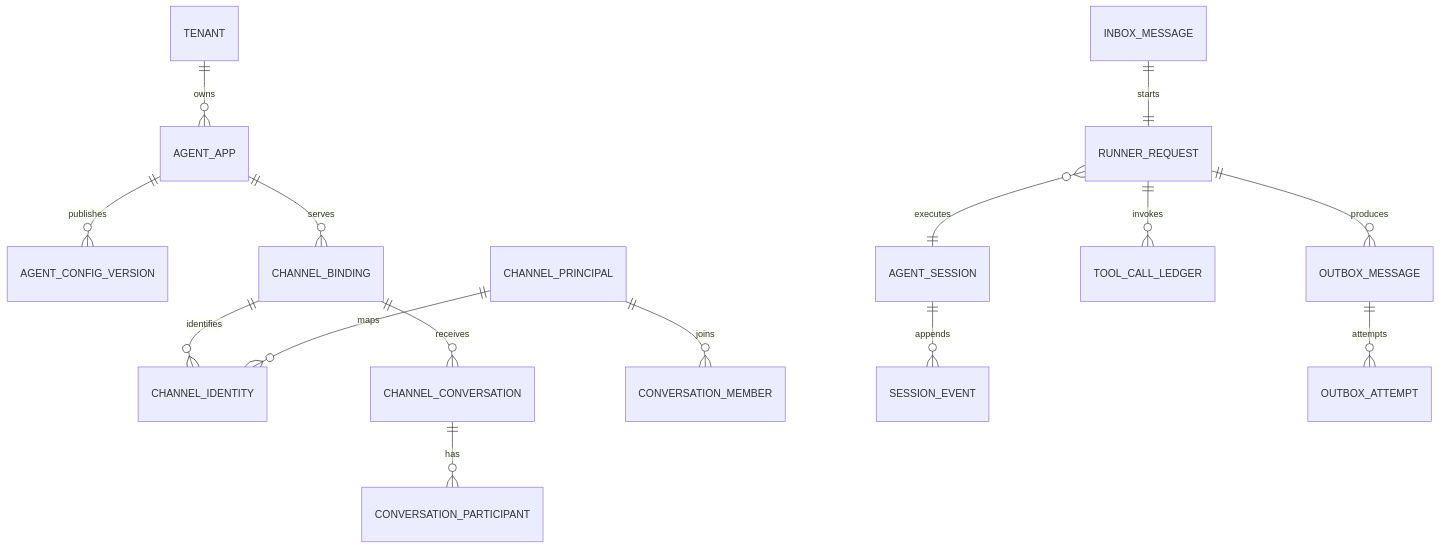
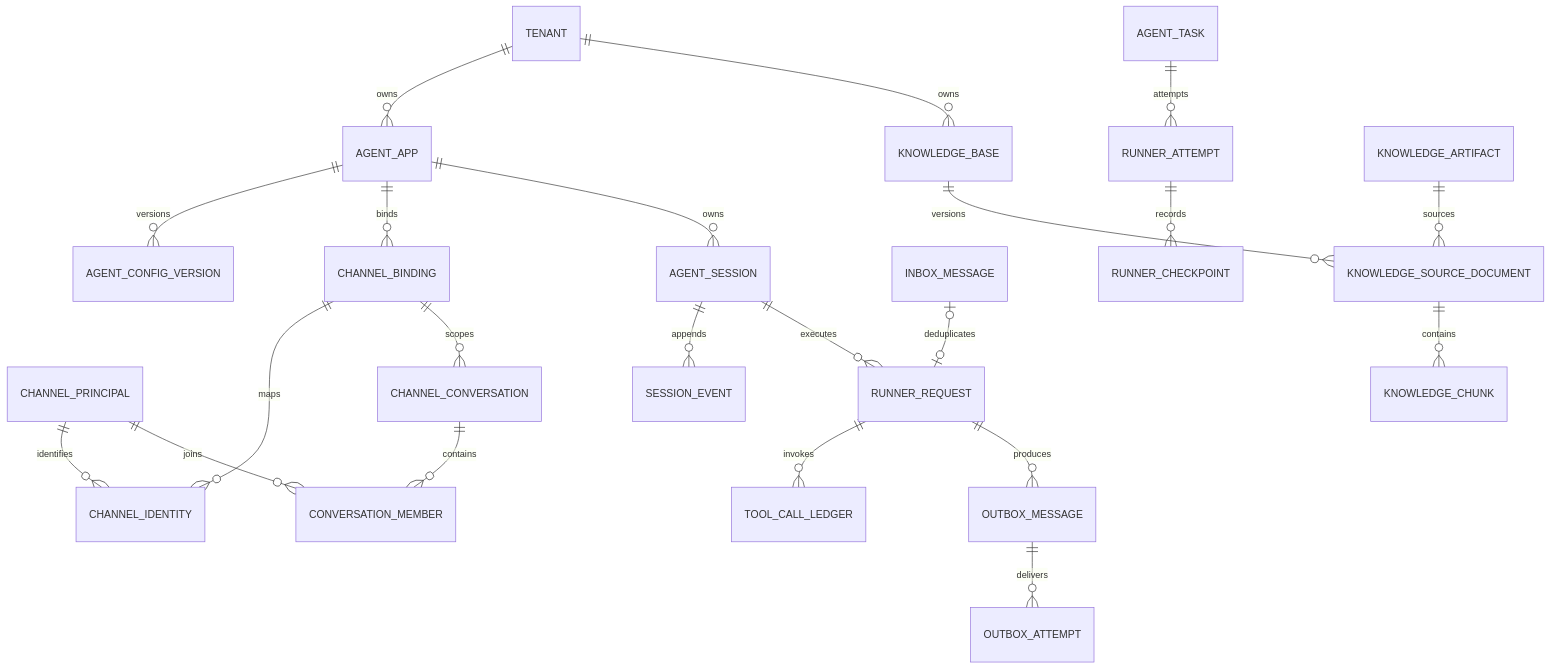
One commit to Eternally72/trpc-agent-service changed the first of 2 diagrams in docs/存储表结构设计.md. Above: the diagram before and after it, drawn with Mermaid. The commit also changed other lines of this file and 38 other files, not shown here.

````diff
--- a/docs/存储表结构设计.md
+++ b/docs/存储表结构设计.md
@@ -45,17 +13,24 @@
 ```mermaid
 erDiagram
     TENANT ||--o{ AGENT_APP : owns
-    AGENT_APP ||--o{ AGENT_CONFIG_VERSION : publishes
-    AGENT_APP ||--o{ CHANNEL_BINDING : serves
-    CHANNEL_BINDING ||--o{ CHANNEL_IDENTITY : identifies
-    CHANNEL_PRINCIPAL ||--o{ CHANNEL_IDENTITY : maps
-    CHANNEL_BINDING ||--o{ CHANNEL_CONVERSATION : receives
-    CHANNEL_CONVERSATION ||--o{ CONVERSATION_PARTICIPANT : has
+    AGENT_APP ||--o{ AGENT_CONFIG_VERSION : versions
+    AGENT_APP ||--o{ CHANNEL_BINDING : binds
+    CHANNEL_BINDING ||--o{ CHANNEL_IDENTITY : maps
+    CHANNEL_PRINCIPAL ||--o{ CHANNEL_IDENTITY : identifies
+    CHANNEL_BINDING ||--o{ CHANNEL_CONVERSATION : scopes
+    CHANNEL_CONVERSATION ||--o{ CONVERSATION_MEMBER : contains
     CHANNEL_PRINCIPAL ||--o{ CONVERSATION_MEMBER : joins
+    AGENT_APP ||--o{ AGENT_SESSION : owns
     AGENT_SESSION ||--o{ SESSION_EVENT : appends
-    INBOX_MESSAGE ||--|| RUNNER_REQUEST : starts
-    RUNNER_REQUEST }o--|| AGENT_SESSION : executes
+    AGENT_SESSION ||--o{ RUNNER_REQUEST : executes
+    INBOX_MESSAGE o|--o| RUNNER_REQUEST : deduplicates
+    AGENT_TASK ||--o{ RUNNER_ATTEMPT : attempts
+    RUNNER_ATTEMPT ||--o{ RUNNER_CHECKPOINT : records
     RUNNER_REQUEST ||--o{ TOOL_CALL_LEDGER : invokes
     RUNNER_REQUEST ||--o{ OUTBOX_MESSAGE : produces
-    OUTBOX_MESSAGE ||--o{ OUTBOX_ATTEMPT : attempts
+    OUTBOX_MESSAGE ||--o{ OUTBOX_ATTEMPT : delivers
+    TENANT ||--o{ KNOWLEDGE_BASE : owns
+    KNOWLEDGE_BASE ||--o{ KNOWLEDGE_SOURCE_DOCUMENT : versions
+    KNOWLEDGE_SOURCE_DOCUMENT ||--o{ KNOWLEDGE_CHUNK : contains
+    KNOWLEDGE_ARTIFACT ||--o{ KNOWLEDGE_SOURCE_DOCUMENT : sources
 ```
````
